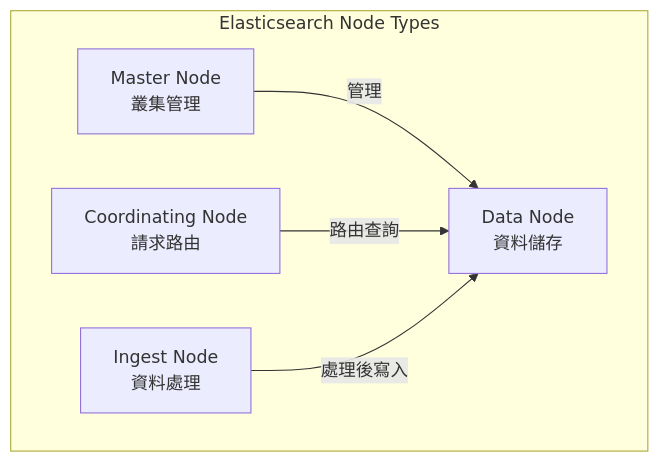
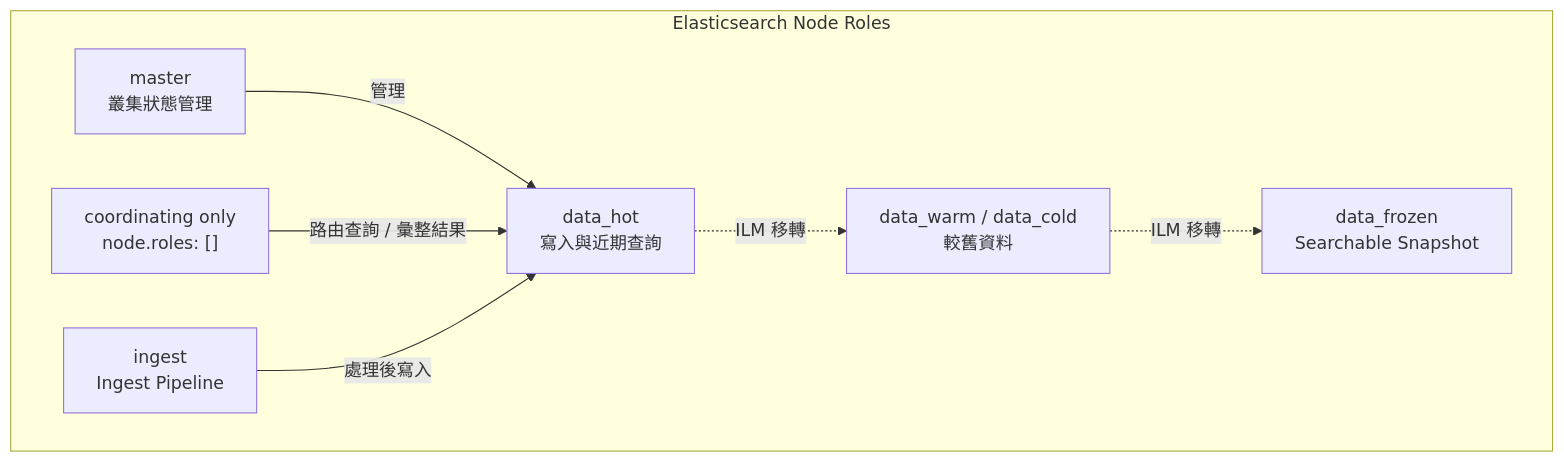
The eighth of 28 diagrams in content/posts/教學/工具/ELK-Stack教學手冊.md (chihhung/Blog), drawn with Mermaid before and after one commit. The commit also changed other lines of this file and 8 other files, not shown here.

````diff
--- a/content/posts/教學/工具/ELK-Stack教學手冊.md
+++ b/content/posts/教學/工具/ELK-Stack教學手冊.md
@@ -522,13 +921,17 @@
 ```mermaid
 graph TB
-    subgraph "Elasticsearch Node Types"
-        M[Master Node<br/>叢集管理]
-        D[Data Node<br/>資料儲存]
-        I[Ingest Node<br/>資料處理]
-        C[Coordinating Node<br/>請求路由]
+    subgraph "Elasticsearch Node Roles"
+        M[master<br/>叢集狀態管理]
+        H[data_hot<br/>寫入與近期查詢]
+        W[data_warm / data_cold<br/>較舊資料]
+        F[data_frozen<br/>Searchable Snapshot]
+        I[ingest<br/>Ingest Pipeline]
+        C["coordinating only<br/>node.roles: []"]
     end
-    
-    M -->|"管理"| D
-    C -->|"路由查詢"| D
-    I -->|"處理後寫入"| D
+
+    M -->|"管理"| H
+    C -->|"路由查詢 / 彙整結果"| H
+    I -->|"處理後寫入"| H
+    H -.->|"ILM 移轉"| W
+    W -.->|"ILM 移轉"| F
 ```
````
